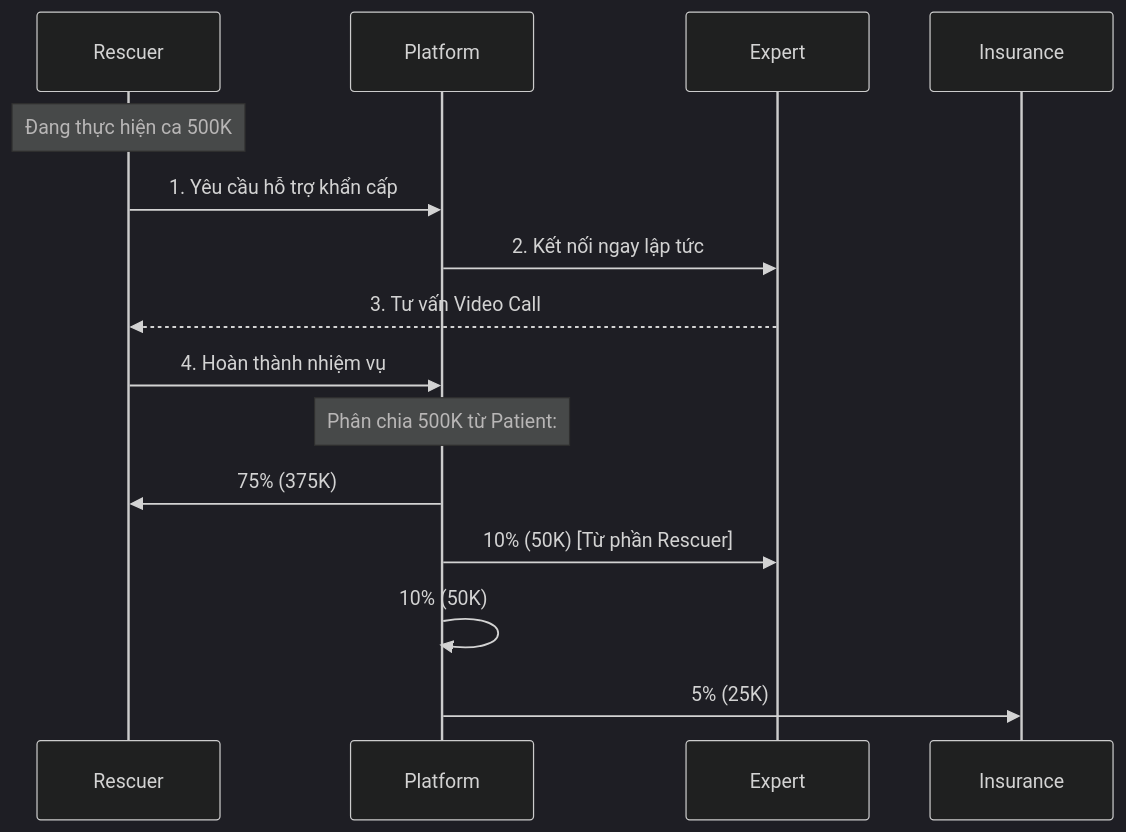
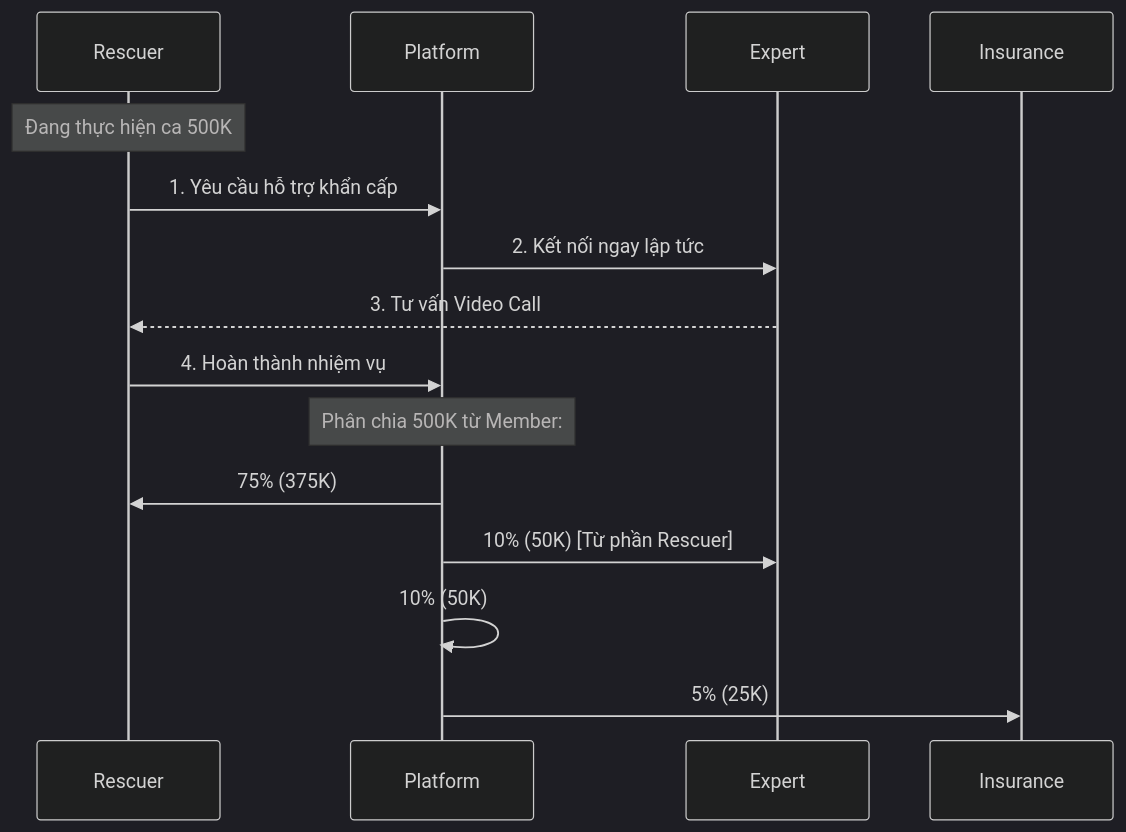
The third of 4 diagrams in Docs/01-Functional-Specs/02-Financial-Model/02-Payment-Processes.md (Snake-AID/SnakeAid.Docs), drawn with Mermaid (dark theme) before and after one commit. The commit also changed other lines of this file and 5 other files, not shown here.

Commit message:
docs: Update financial model documentation to replace 'Patient' with 'Member' for consistency across payment processes and user roles

````diff
--- a/Docs/01-Functional-Specs/02-Financial-Model/02-Payment-Processes.md
+++ b/Docs/01-Functional-Specs/02-Financial-Model/02-Payment-Processes.md
@@ -135,18 +135,18 @@
 ```mermaid
 sequenceDiagram
     participant Rescuer
     participant Platform
     participant Expert
     
     Note over Rescuer: Đang thực hiện ca 500K
     Rescuer->>Platform: 1. Yêu cầu hỗ trợ khẩn cấp
     Platform->>Expert: 2. Kết nối ngay lập tức
     Expert-->>Rescuer: 3. Tư vấn Video Call
     Rescuer->>Platform: 4. Hoàn thành nhiệm vụ
     
-    Note over Platform: Phân chia 500K từ Patient:
+    Note over Platform: Phân chia 500K từ Member:
     Platform->>Rescuer: 75% (375K)
     Platform->>Expert: 10% (50K) [Từ phần Rescuer]
     Platform->>Platform: 10% (50K)
     Platform->>Insurance: 5% (25K)
 ```
````
